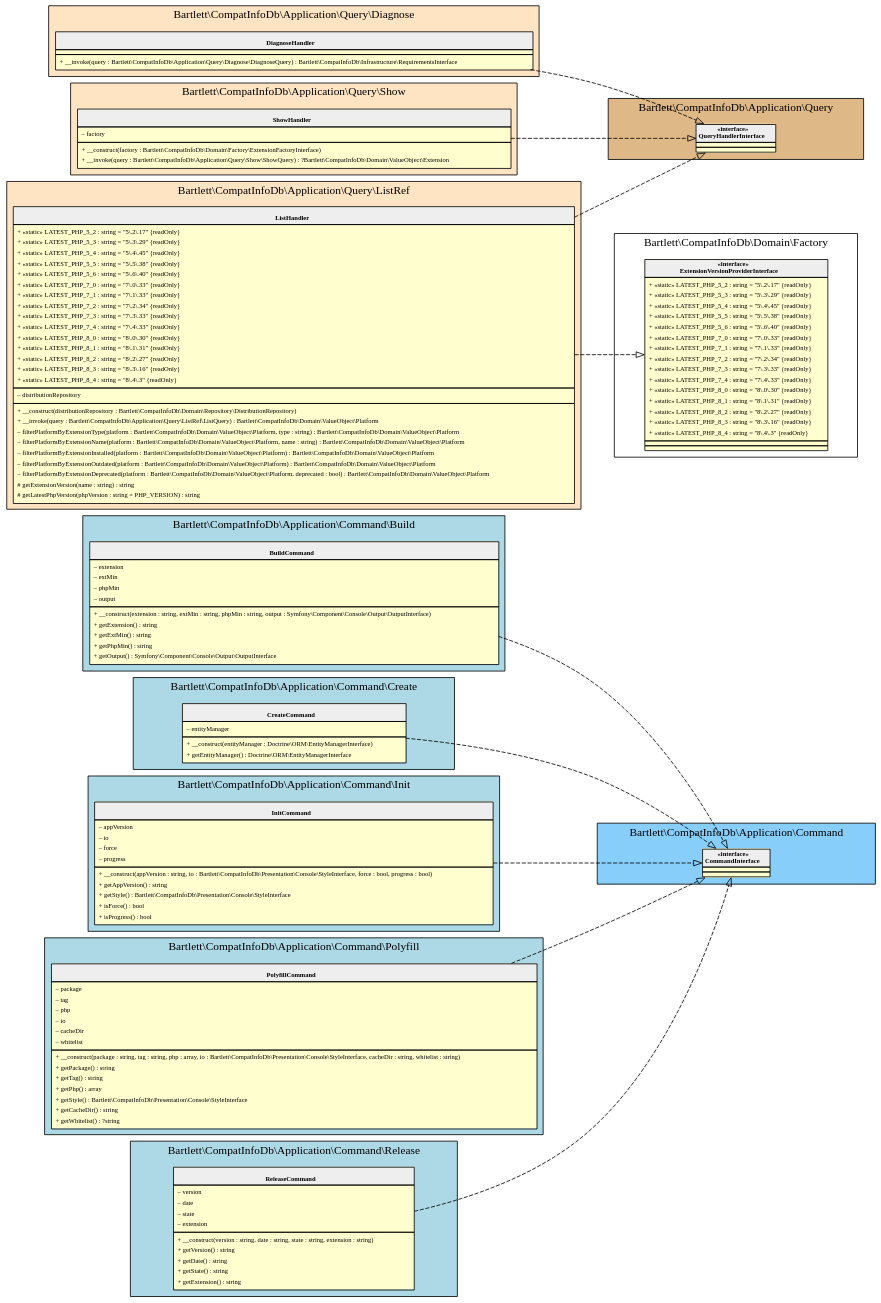
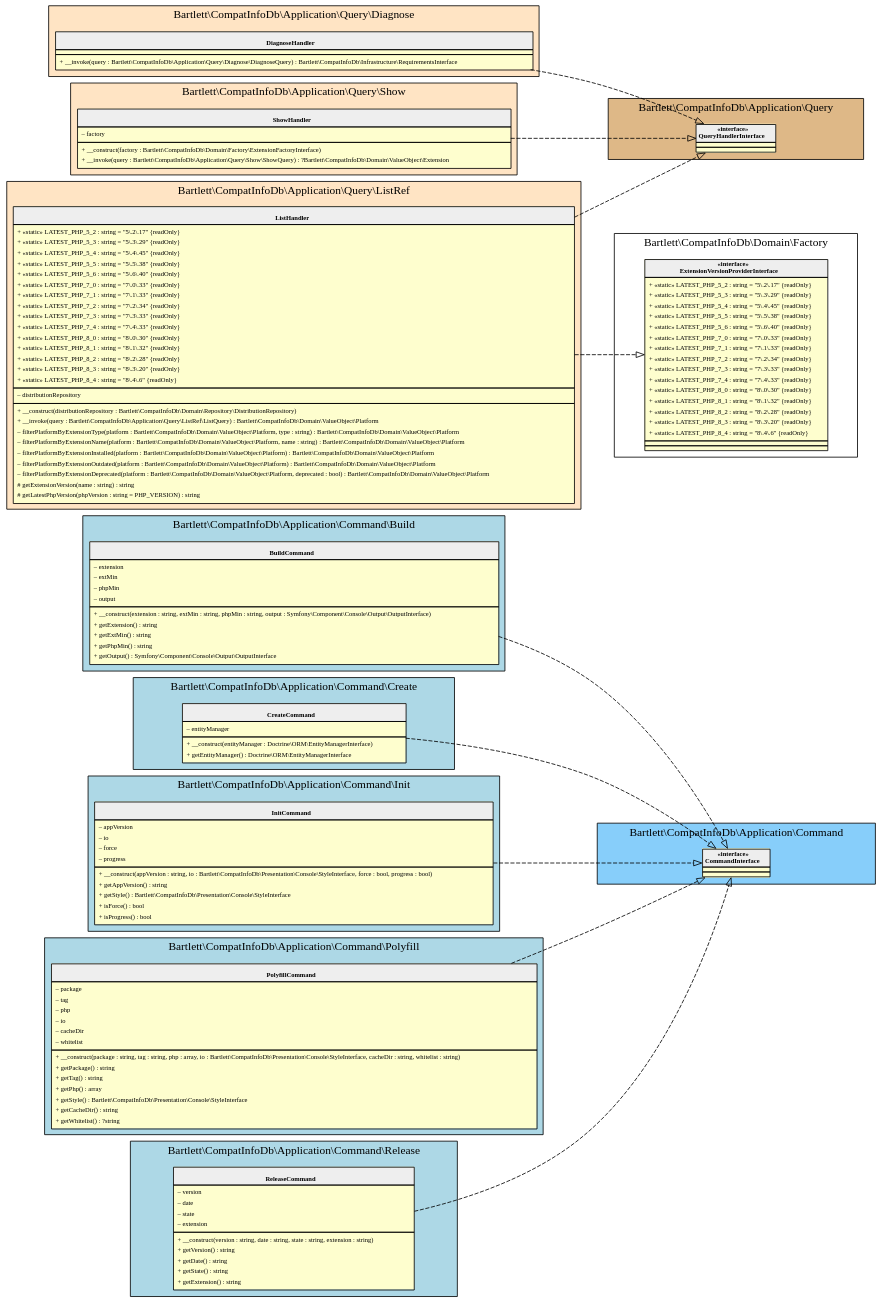
Before and after one commit to llaville/php-compatinfo-db: the diagram in 6.15/assets/images/command-line-runner_application.html.gv, drawn with Graphviz. The commit also changed 29 other files, not shown here.

```diff
--- a/6.15/assets/images/command-line-runner_application.html.gv
+++ b/6.15/assets/images/command-line-runner_application.html.gv
@@ -155,10 +155,10 @@
     <tr><td align="left">+ «static» LATEST_PHP_7_3 : string = "7\.3\.33" {readOnly}</td></tr>
     <tr><td align="left">+ «static» LATEST_PHP_7_4 : string = "7\.4\.33" {readOnly}</td></tr>
     <tr><td align="left">+ «static» LATEST_PHP_8_0 : string = "8\.0\.30" {readOnly}</td></tr>
-    <tr><td align="left">+ «static» LATEST_PHP_8_1 : string = "8\.1\.31" {readOnly}</td></tr>
-    <tr><td align="left">+ «static» LATEST_PHP_8_2 : string = "8\.2\.27" {readOnly}</td></tr>
-    <tr><td align="left">+ «static» LATEST_PHP_8_3 : string = "8\.3\.16" {readOnly}</td></tr>
-    <tr><td align="left">+ «static» LATEST_PHP_8_4 : string = "8\.4\.3" {readOnly}</td></tr>
+    <tr><td align="left">+ «static» LATEST_PHP_8_1 : string = "8\.1\.32" {readOnly}</td></tr>
+    <tr><td align="left">+ «static» LATEST_PHP_8_2 : string = "8\.2\.28" {readOnly}</td></tr>
+    <tr><td align="left">+ «static» LATEST_PHP_8_3 : string = "8\.3\.20" {readOnly}</td></tr>
+    <tr><td align="left">+ «static» LATEST_PHP_8_4 : string = "8\.4\.6" {readOnly}</td></tr>
 </table></td></tr>
     <tr><td><table border="0" cellspacing="0" cellpadding="2">
     <tr><td align="left">– distributionRepository</td></tr>
@@ -193,10 +193,10 @@
     <tr><td align="left">+ «static» LATEST_PHP_7_3 : string = "7\.3\.33" {readOnly}</td></tr>
     <tr><td align="left">+ «static» LATEST_PHP_7_4 : string = "7\.4\.33" {readOnly}</td></tr>
     <tr><td align="left">+ «static» LATEST_PHP_8_0 : string = "8\.0\.30" {readOnly}</td></tr>
-    <tr><td align="left">+ «static» LATEST_PHP_8_1 : string = "8\.1\.31" {readOnly}</td></tr>
-    <tr><td align="left">+ «static» LATEST_PHP_8_2 : string = "8\.2\.27" {readOnly}</td></tr>
-    <tr><td align="left">+ «static» LATEST_PHP_8_3 : string = "8\.3\.16" {readOnly}</td></tr>
-    <tr><td align="left">+ «static» LATEST_PHP_8_4 : string = "8\.4\.3" {readOnly}</td></tr>
+    <tr><td align="left">+ «static» LATEST_PHP_8_1 : string = "8\.1\.32" {readOnly}</td></tr>
+    <tr><td align="left">+ «static» LATEST_PHP_8_2 : string = "8\.2\.28" {readOnly}</td></tr>
+    <tr><td align="left">+ «static» LATEST_PHP_8_3 : string = "8\.3\.20" {readOnly}</td></tr>
+    <tr><td align="left">+ «static» LATEST_PHP_8_4 : string = "8\.4\.6" {readOnly}</td></tr>
 </table></td></tr>
     <tr><td></td></tr>
     <tr><td></td></tr>
```
